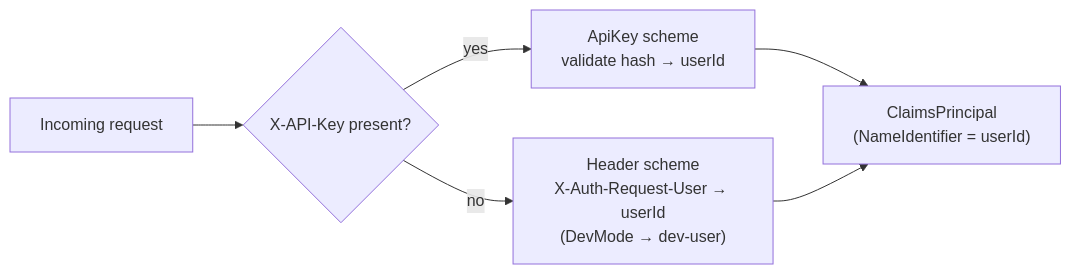
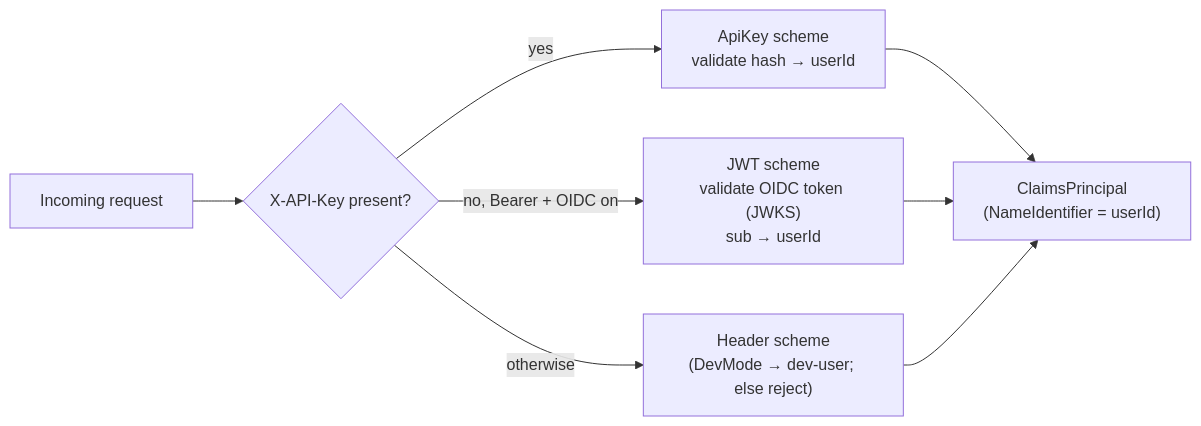
Before and after one commit to PostyFox/postyfox-core: the fourth of 7 diagrams in docs/ARCHITECTURE.md, drawn with Mermaid. The commit also changed other lines of this file and 35 other files, not shown here.

````diff
--- a/docs/ARCHITECTURE.md
+++ b/docs/ARCHITECTURE.md
@@ -230,7 +230,8 @@
 ```mermaid
 flowchart LR
     req["Incoming request"] --> policy{"X-API-Key present?"}
     policy -- yes --> apik["ApiKey scheme<br/>validate hash → userId"]
-    policy -- no --> hdr["Header scheme<br/>X-Auth-Request-User → userId<br/>(DevMode → dev-user)"]
-    apik & hdr --> claims["ClaimsPrincipal<br/>(NameIdentifier = userId)"]
+    policy -- "no, Bearer + OIDC on" --> jwt["JWT scheme<br/>validate OIDC token (JWKS)<br/>sub → userId"]
+    policy -- otherwise --> hdr["Header scheme<br/>(DevMode → dev-user; else reject)"]
+    apik & jwt & hdr --> claims["ClaimsPrincipal<br/>(NameIdentifier = userId)"]
 ```
````
